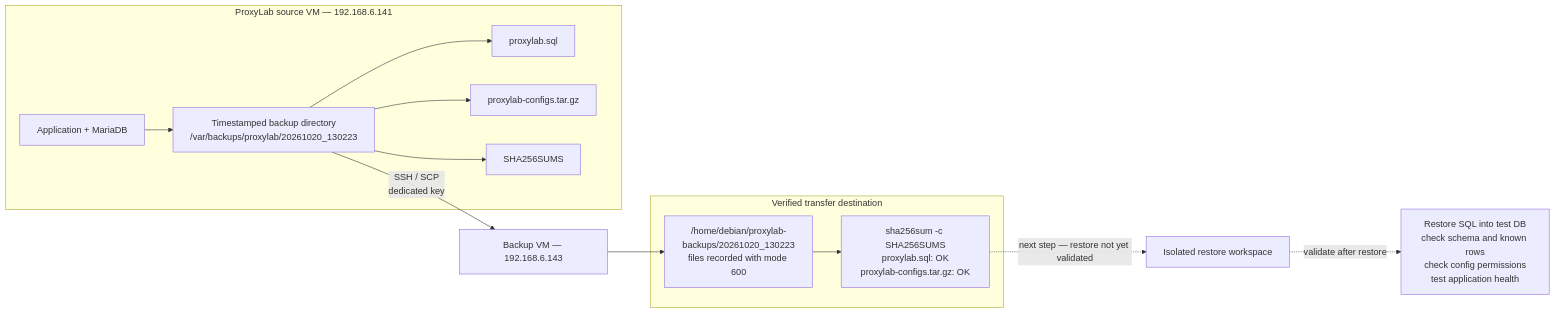
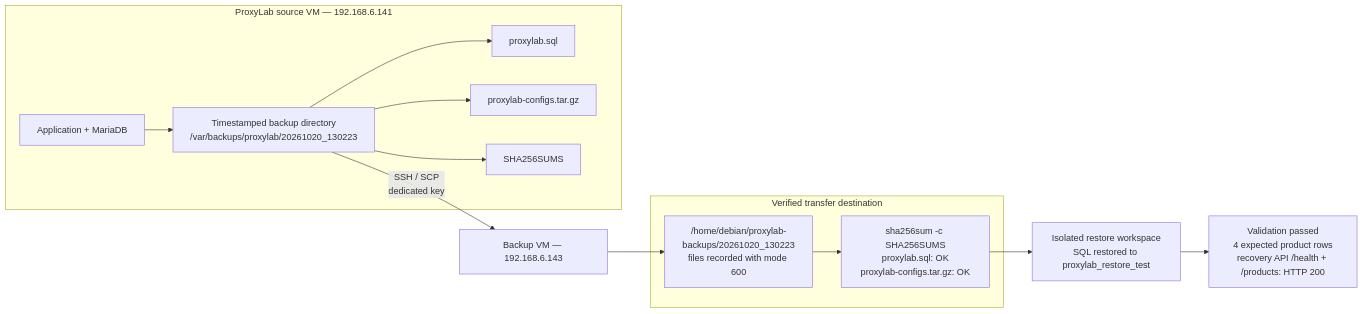
The fourth of 4 diagrams in docs/architecture/README.md (Rash499/ProxyLab), drawn with Mermaid before and after one commit. The commit also changed other lines of this file, not shown here.

Commit message:
docs: update architecture diagrams with restore validation

````diff
--- a/docs/architecture/README.md
+++ b/docs/architecture/README.md
@@ -68,23 +68,23 @@
 ```mermaid
 flowchart LR
   subgraph Source["ProxyLab source VM — 192.168.6.141"]
     APP["Application + MariaDB"]
     SNAP["Timestamped backup directory<br/>/var/backups/proxylab/20261020_130223"]
     SQL["proxylab.sql"]
     CFG["proxylab-configs.tar.gz"]
     MANIFEST["SHA256SUMS"]
     APP --> SNAP
     SNAP --> SQL
     SNAP --> CFG
     SNAP --> MANIFEST
   end
   SNAP -->|"SSH / SCP<br/>dedicated key"| DEST["Backup VM — 192.168.6.143"]
   subgraph Destination["Verified transfer destination"]
     FILES["/home/debian/proxylab-backups/20261020_130223<br/>files recorded with mode 600"]
     CHECK["sha256sum -c SHA256SUMS<br/>proxylab.sql: OK<br/>proxylab-configs.tar.gz: OK"]
     FILES --> CHECK
   end
   DEST --> FILES
-  CHECK -. "next step — restore not yet validated" .-> RESTORE["Isolated restore workspace"]
-  RESTORE -. "validate after restore" .-> VALIDATE["Restore SQL into test DB<br/>check schema and known rows<br/>check config permissions<br/>test application health"]
+  CHECK --> RESTORE["Isolated restore workspace<br/>SQL restored to proxylab_restore_test"]
+  RESTORE --> VALIDATE["Validation passed<br/>4 expected product rows<br/>recovery API /health + /products: HTTP 200"]
 ```
````
